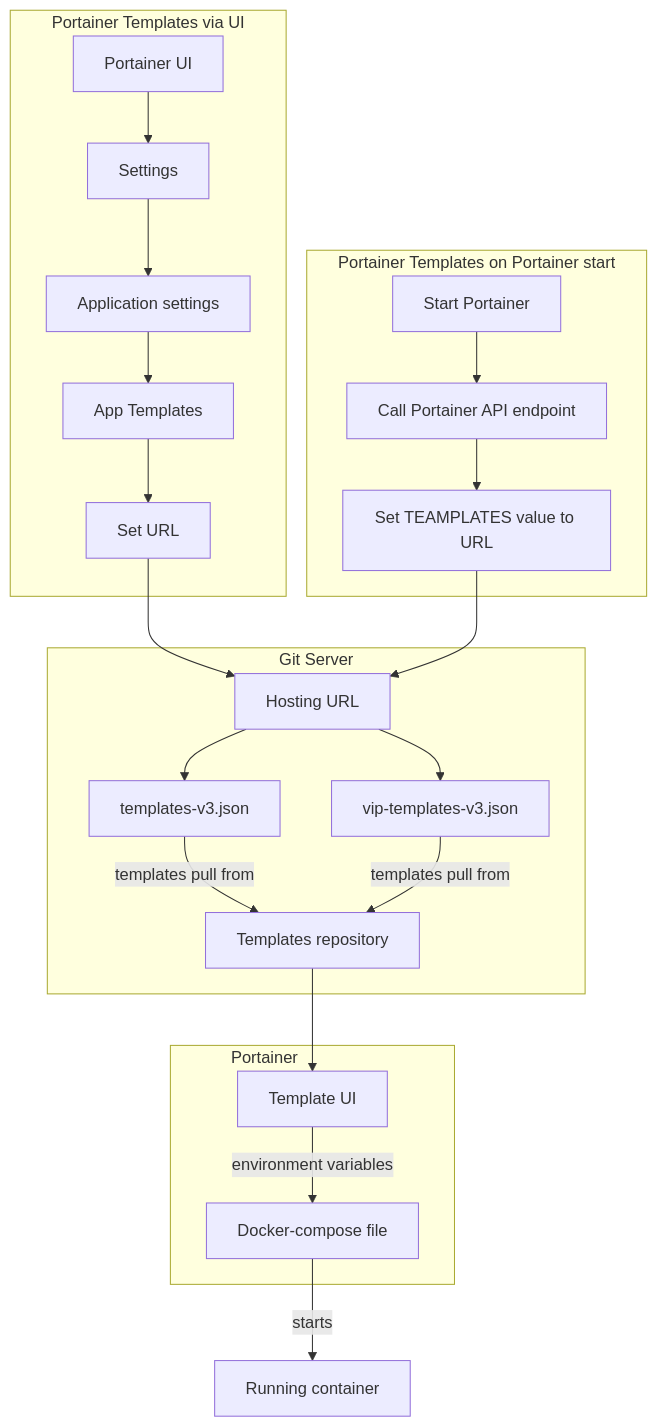
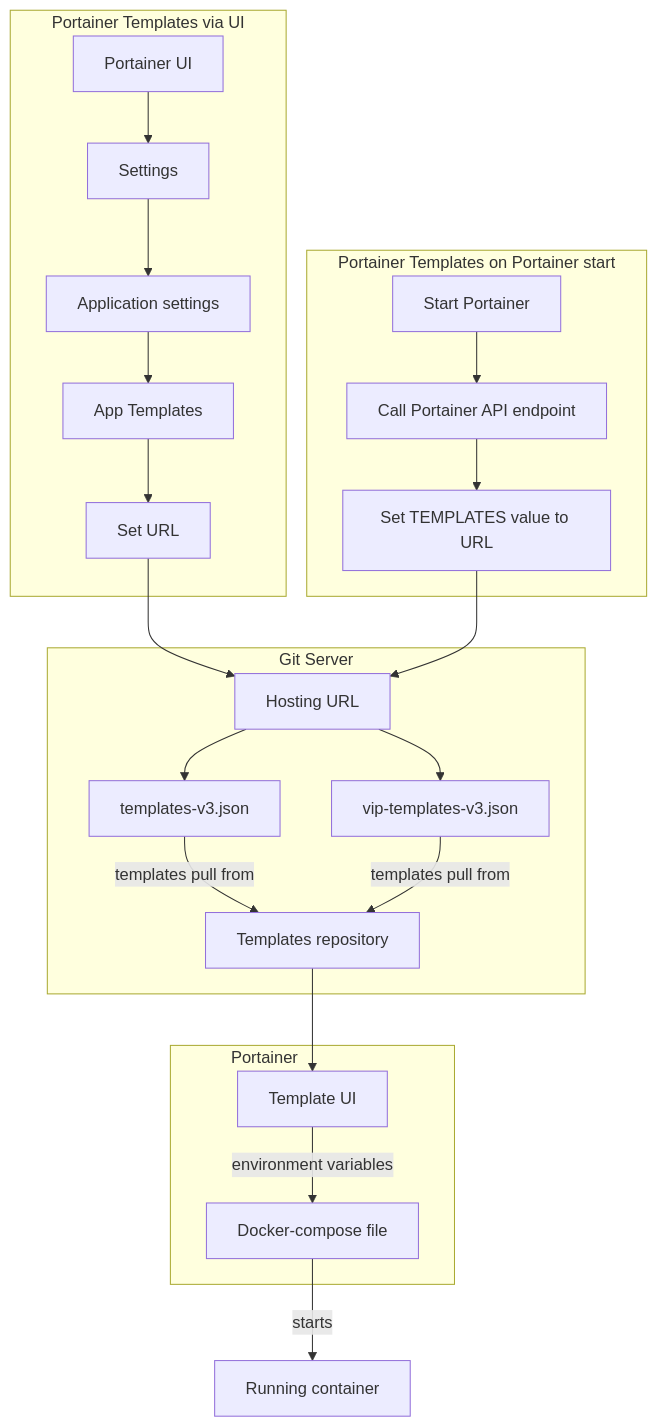
Before and after one commit to TelosAlliance/portainer_templates: the diagram in README.md, drawn with Mermaid. The commit also changed other lines of this file and 43 other files, not shown here.

````diff
--- a/README.md
+++ b/README.md
@@ -19,44 +19,44 @@
 ```mermaid
 flowchart TD
 
     subgraph Portainer Templates via UI
     PortUi[Portainer UI]
     PortSet[Settings]
     AppSet[Application settings]
     AppTemp[App Templates]
     SetUrl[Set URL]
     end
     PortUi --> PortSet
     PortSet --> AppSet
     AppSet --> AppTemp
     AppTemp --> SetUrl
     SetUrl --> HUrl
 
     subgraph Portainer Templates on Portainer start
     StPort[Start Portainer]
     PortAPI[Call Portainer API endpoint]
-    PortApiSet[Set TEAMPLATES value to URL]
+    PortApiSet[Set TEMPLATES value to URL]
     end
     StPort --> PortAPI
     PortAPI --> PortApiSet
     PortApiSet --> HUrl
 
     subgraph Git Server
     TempRepo[Templates repository]
     Json1[templates-v3.json]
     Json2[vip-templates-v3.json] 
     HUrl[Hosting URL]
     end
-    HUrl --> Json1 & Json2 
+    HUrl --> Json1 & Json2
     Json1 & Json2 --> |templates pull from| TempRepo
 
     subgraph Portainer&nbsp&nbsp&nbsp&nbsp&nbsp&nbsp&nbsp&nbsp&nbsp&nbsp&nbsp&nbsp&nbsp&nbsp&nbsp&nbsp&nbsp&nbsp&nbsp&nbsp&nbsp
     TempUi[Template UI]
     CompFile[Docker-compose file]
     TempRepo --> TempUi
     TempUi--> |environment variables| CompFile
     end
 
     RC[Running container]
     CompFile --> |starts| RC
 ```
````
